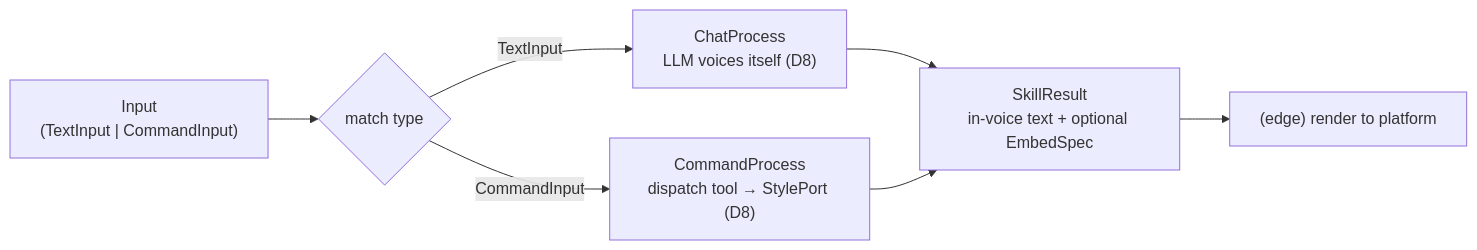
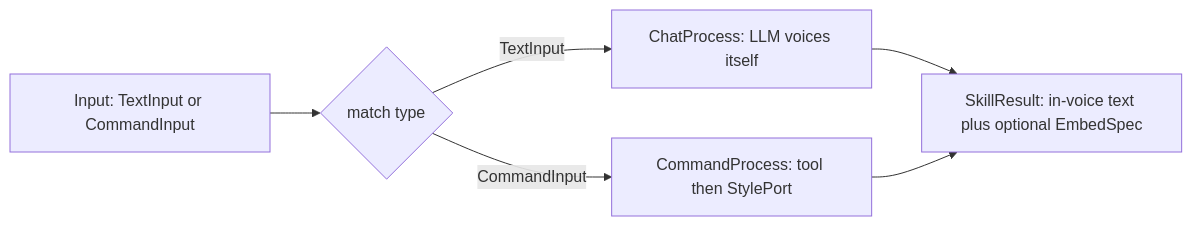
Before and after one commit to auzbuzzard/petbot: the second of 6 diagrams in docs/refactor/process-pipeline-reframe.md, drawn with Mermaid. The commit also changed other lines of this file, not shown here.

First line of the commit message:
docs(refactor): process-pipeline reframe working doc

````diff
--- a/docs/refactor/process-pipeline-reframe.md
+++ b/docs/refactor/process-pipeline-reframe.md
@@ -85,9 +196,8 @@
 ```mermaid
 flowchart LR
-    In["Input<br/>(TextInput | CommandInput)"] --> R{match type}
-    R -->|TextInput| CP["ChatProcess<br/>LLM voices itself (D8)"]
-    R -->|CommandInput| MP["CommandProcess<br/>dispatch tool → StylePort (D8)"]
-    CP --> Out["SkillResult<br/>in-voice text + optional EmbedSpec"]
+    In["Input: TextInput or CommandInput"] --> R{match type}
+    R -->|TextInput| CP["ChatProcess: LLM voices itself"]
+    R -->|CommandInput| MP["CommandProcess: tool then StylePort"]
+    CP --> Out["SkillResult: in-voice text plus optional EmbedSpec"]
     MP --> Out
-    Out --> Render["(edge) render to platform"]
 ```
````
